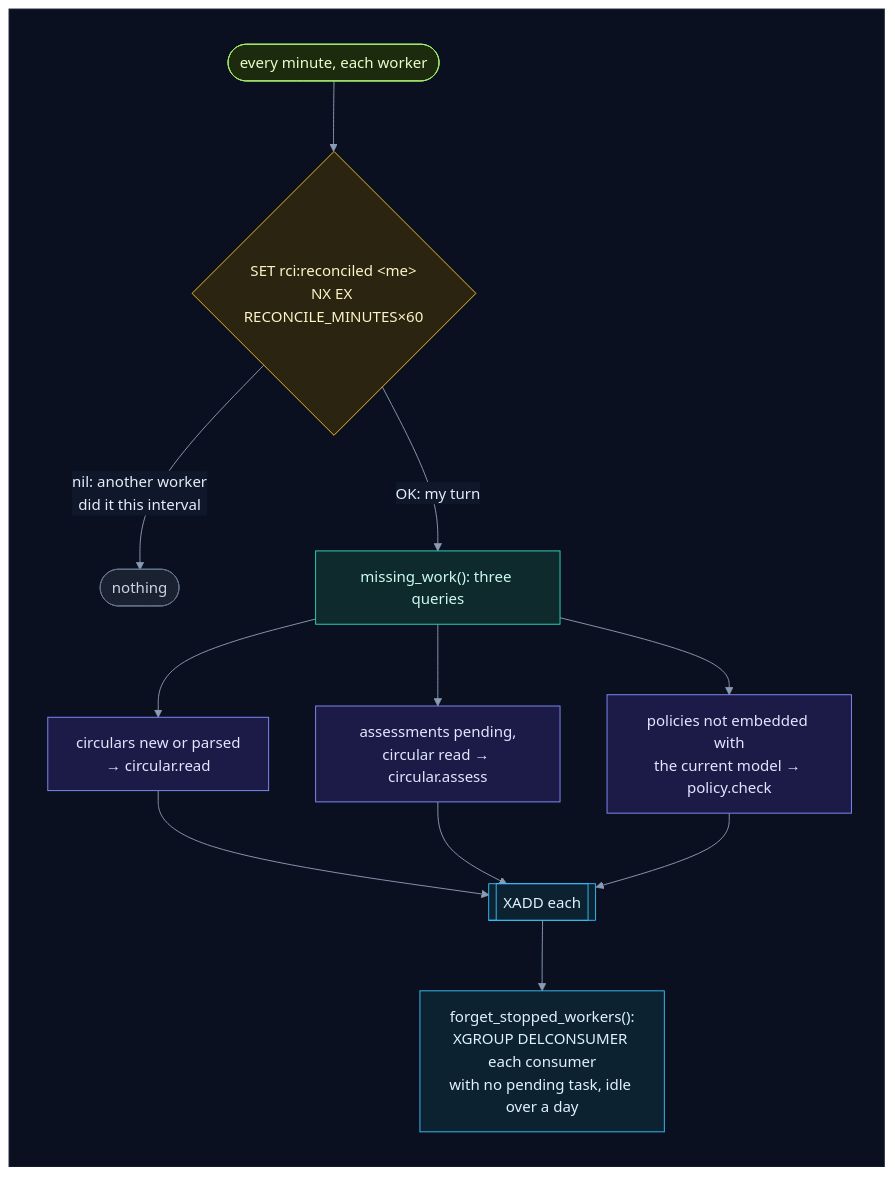
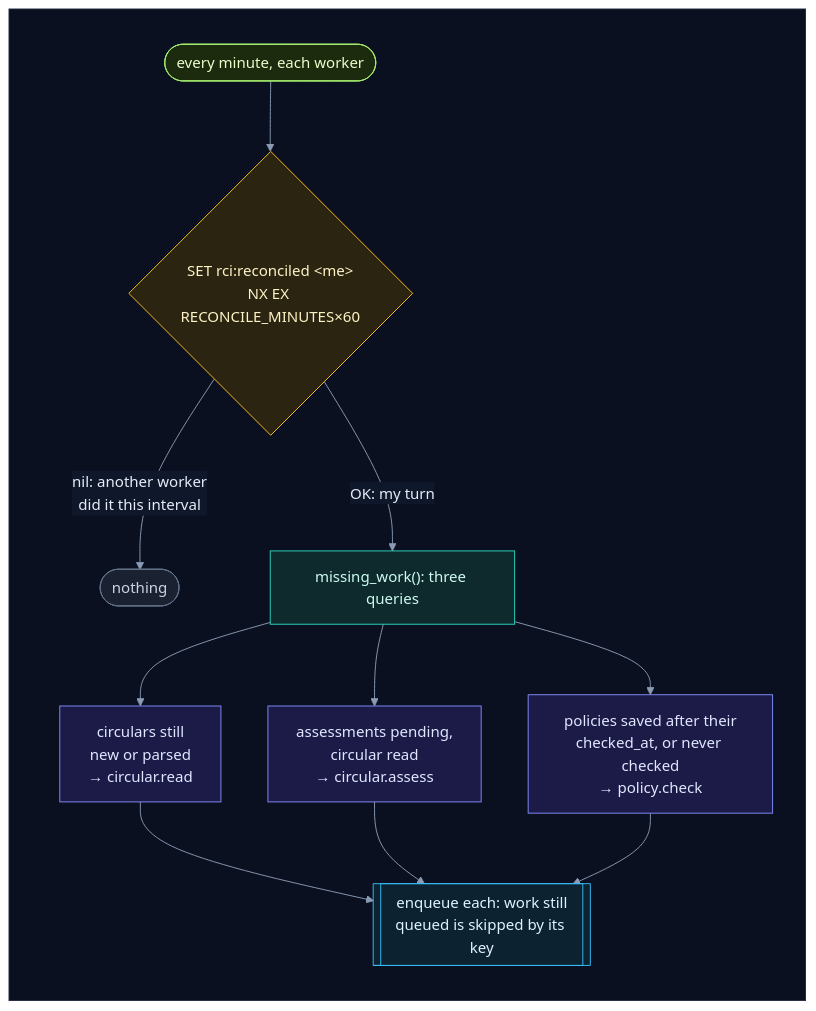
Diagram 16 of 19 in backend/worker/INTERNALS.md (selvakumarperumal/Regulatory_Circular_Impact_Agent), drawn with Mermaid before and after one commit. The commit also changed other lines of this file and 7 other files, not shown here.

Commit message:
Document the lock-free queue and policy status

````diff
--- a/backend/worker/INTERNALS.md
+++ b/backend/worker/INTERNALS.md
@@ -813,34 +785,33 @@
 ```mermaid
 %%{init: {"theme": "base", "flowchart": {"diagramPadding": 0}, "themeVariables": {"darkMode": true, "primaryColor": "#16213a", "primaryTextColor": "#e6edf7", "primaryBorderColor": "#475a7a", "lineColor": "#8b9bb4", "secondaryColor": "#1b2436", "tertiaryColor": "#101a2e", "edgeLabelBackground": "#0f172a", "textColor": "#e2e8f0", "clusterBkg": "#0f1728", "clusterBorder": "#2b3a55", "titleColor": "#c4b5fd", "nodeTextColor": "#e6edf7"}}}%%
 flowchart TD
     subgraph canvas[" "]
         direction TB
         tick(["every minute, each worker"]) --> nx{"SET rci:reconciled &lt;me&gt;<br/>NX EX RECONCILE_MINUTES×60"}
         nx -->|"nil: another worker<br/>did it this interval"| skip(["nothing"])
         nx -->|"OK: my turn"| mw["missing_work(): three queries"]
-        mw --> q1["circulars new or parsed<br/>→ circular.read"]
-        mw --> q2["assessments pending,<br/>circular read → circular.assess"]
-        mw --> q3["policies not embedded with<br/>the current model → policy.check"]
-        q1 --> add[["XADD each"]]
+        mw --> q1["circulars still<br/>new or parsed<br/>→ circular.read"]
+        mw --> q2["assessments pending,<br/>circular read<br/>→ circular.assess"]
+        mw --> q3["policies saved after their<br/>checked_at, or never checked<br/>→ policy.check"]
+        q1 --> add[["enqueue each: work still<br/>queued is skipped by its key"]]
         q2 --> add
         q3 --> add
-        add --> gc["forget_stopped_workers():<br/>XGROUP DELCONSUMER each consumer<br/>with no pending task, idle over a day"]
     end
     classDef svc fill:#0e2a2c,stroke:#2dd4bf,color:#ccfbf1
     classDef data fill:#1c1a47,stroke:#818cf8,color:#e0e7ff
     classDef ext fill:#2a1640,stroke:#c084fc,color:#f3e8ff
     classDef gpu fill:#2d1b0c,stroke:#fb923c,color:#ffedd5
     classDef ask fill:#2a2410,stroke:#fbbf24,color:#fef3c7
     classDef ok fill:#0b2a1c,stroke:#34d399,color:#d1fae5
     classDef bad fill:#2e0f17,stroke:#fb7185,color:#ffe4e6
     classDef start fill:#1c2a0e,stroke:#a7ef6f,color:#ecfccb
     classDef muted fill:#1a2130,stroke:#64748b,color:#cbd5e1
     classDef queue fill:#0c2231,stroke:#38bdf8,color:#e0f2fe
     class tick start
     class nx ask
     class skip muted
     class mw svc
     class q1,q2,q3 data
-    class add,gc queue
+    class add queue
     style canvas fill:#0b1020,stroke:#1e293b,color:#0b1020
 ```
````
